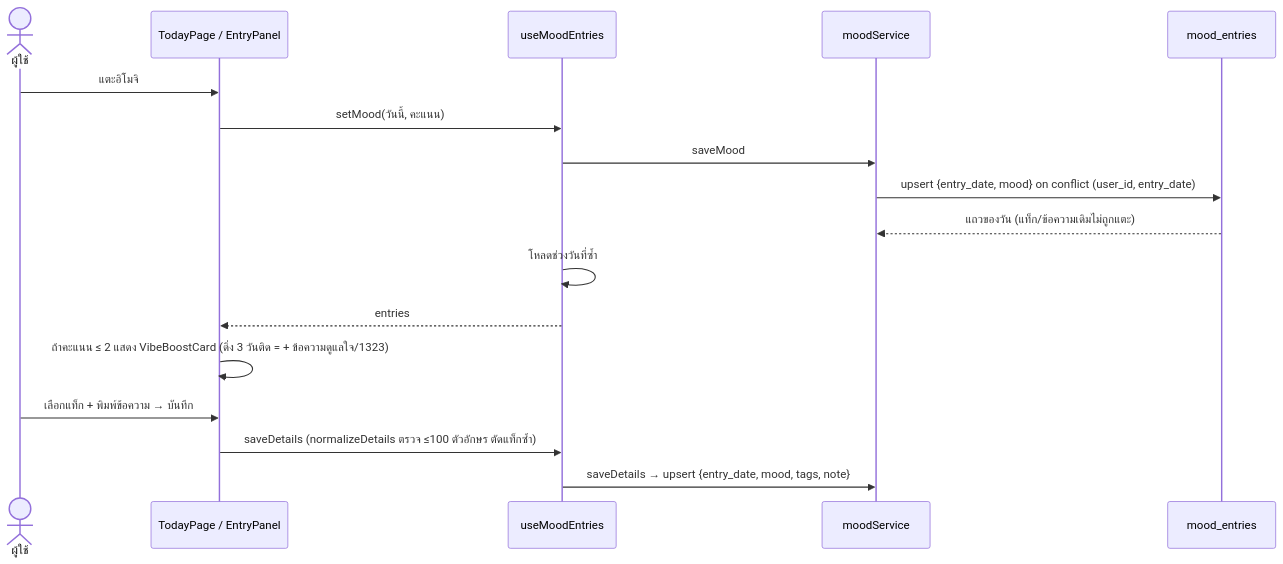
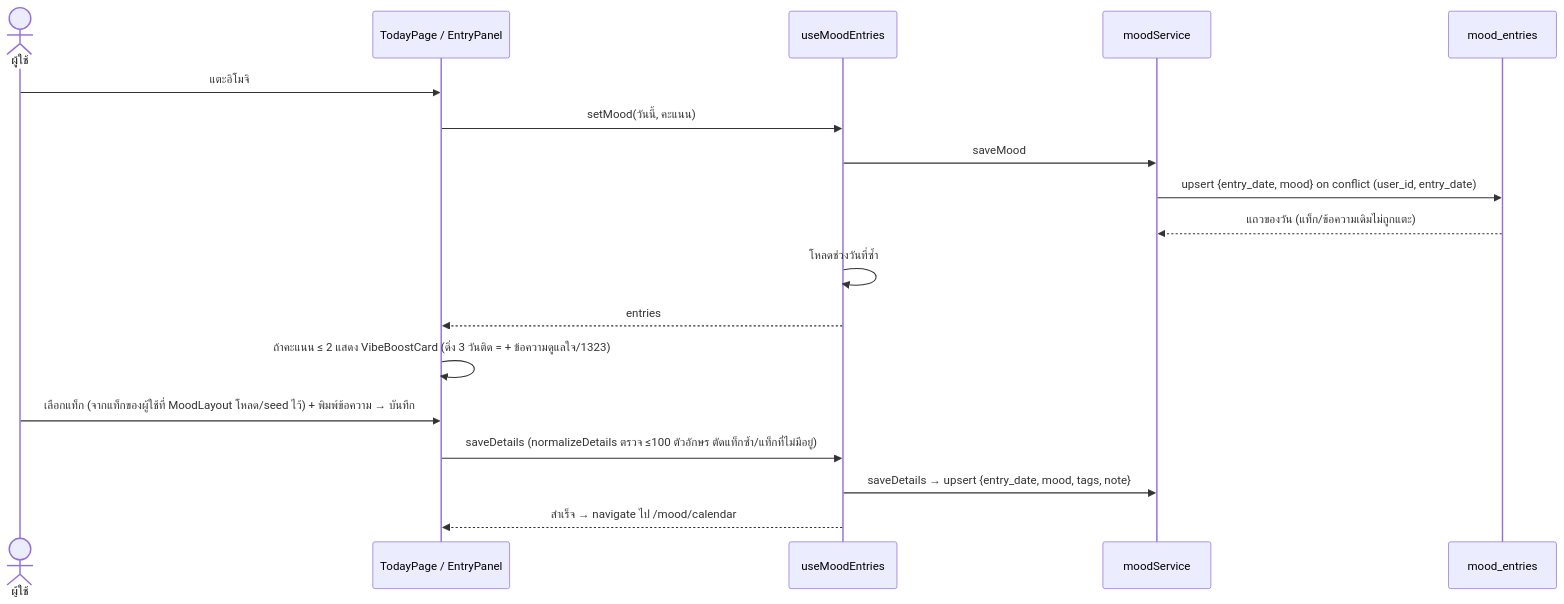
Diagram 13 of 14 in docs/spec/system-design.md (Paktakraw/cekha-dairy-tools), drawn with Mermaid before and after one commit. The commit also changed other lines of this file and 28 other files, not shown here.

````diff
--- a/docs/spec/system-design.md
+++ b/docs/spec/system-design.md
@@ -444,19 +456,20 @@
 ```mermaid
 sequenceDiagram
   actor U as ผู้ใช้
   participant TP as TodayPage / EntryPanel
   participant H as useMoodEntries
   participant S as moodService
   participant DB as mood_entries
   U->>TP: แตะอิโมจิ
   TP->>H: setMood(วันนี้, คะแนน)
   H->>S: saveMood
   S->>DB: upsert {entry_date, mood} on conflict (user_id, entry_date)
   DB-->>S: แถวของวัน (แท็ก/ข้อความเดิมไม่ถูกแตะ)
   H->>H: โหลดช่วงวันที่ซ้ำ
   H-->>TP: entries
   TP->>TP: ถ้าคะแนน ≤ 2 แสดง VibeBoostCard (ดิ่ง 3 วันติด = + ข้อความดูแลใจ/1323)
-  U->>TP: เลือกแท็ก + พิมพ์ข้อความ → บันทึก
-  TP->>H: saveDetails (normalizeDetails ตรวจ ≤100 ตัวอักษร ตัดแท็กซ้ำ)
+  U->>TP: เลือกแท็ก (จากแท็กของผู้ใช้ที่ MoodLayout โหลด/seed ไว้) + พิมพ์ข้อความ → บันทึก
+  TP->>H: saveDetails (normalizeDetails ตรวจ ≤100 ตัวอักษร ตัดแท็กซ้ำ/แท็กที่ไม่มีอยู่)
   H->>S: saveDetails → upsert {entry_date, mood, tags, note}
+  H-->>TP: สำเร็จ → navigate ไป /mood/calendar
 ```
````
